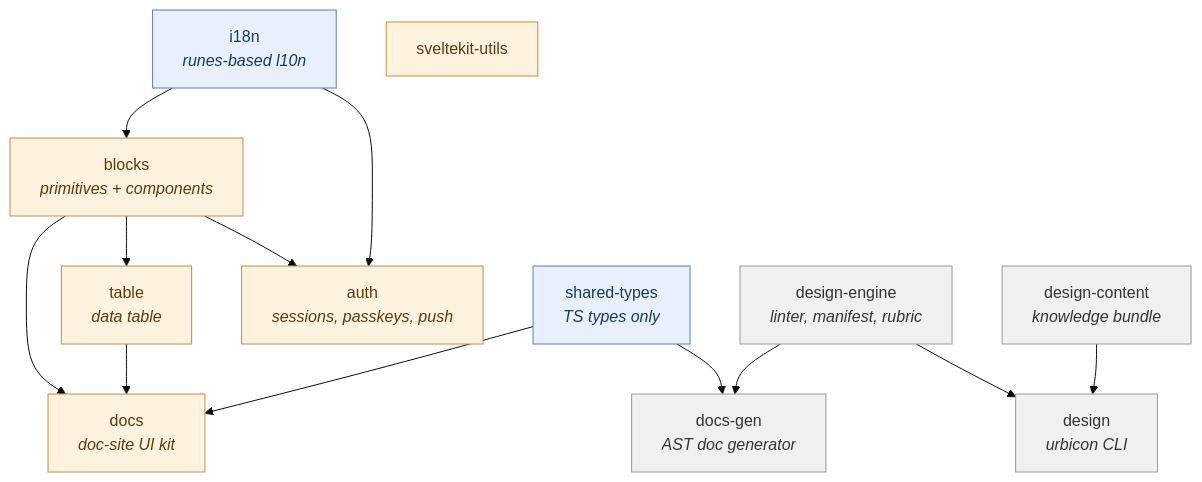
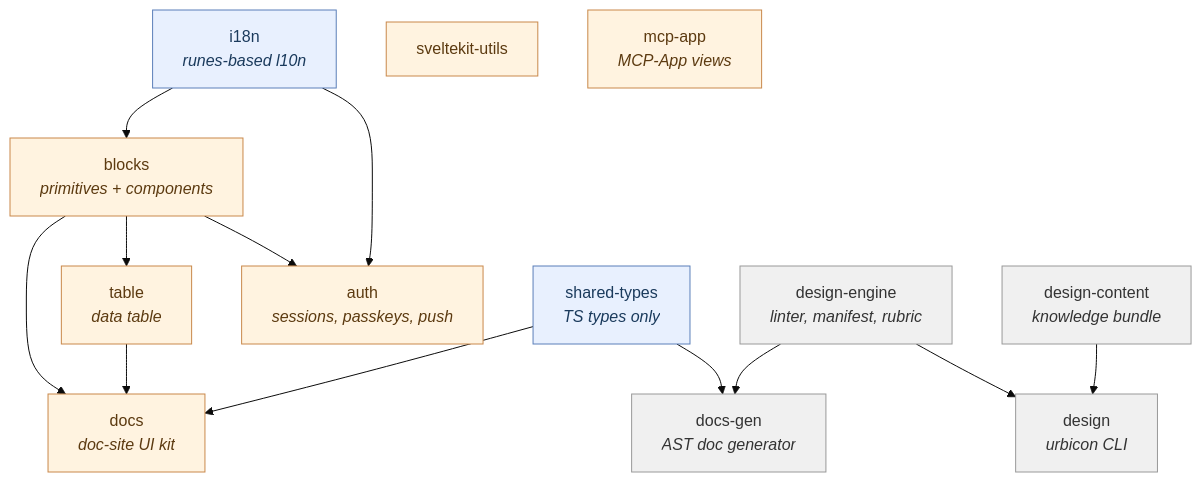
The first of 5 diagrams in docs/ARCHITECTURE.md (urbicon/ui), drawn with Mermaid (base theme) before and after one commit. The commit also changed other lines of this file and 30 other files, not shown here.

````diff
--- a/docs/ARCHITECTURE.md
+++ b/docs/ARCHITECTURE.md
@@ -32,33 +32,34 @@
 ```mermaid
 graph TD
     ST[shared-types<br/><i>TS types only</i>]
     I18N[i18n<br/><i>runes-based l10n</i>]
     BL[blocks<br/><i>primitives + components</i>]
     TB[table<br/><i>data table</i>]
     AU[auth<br/><i>sessions, passkeys, push</i>]
     SKU[sveltekit-utils]
+    MCP[mcp-app<br/><i>MCP-App views</i>]
     DOCS[docs<br/><i>doc-site UI kit</i>]
     DG[docs-gen<br/><i>AST doc generator</i>]
     DE[design-engine<br/><i>linter, manifest, rubric</i>]
     DC[design-content<br/><i>knowledge bundle</i>]
     DES[design<br/><i>urbicon CLI</i>]
 
     I18N --> BL
     BL --> TB
     BL --> AU
     I18N --> AU
     BL --> DOCS
     TB --> DOCS
     ST --> DOCS
     ST --> DG
     DE --> DG
     DE --> DES
     DC --> DES
 
     classDef found fill:#e8f0fe,stroke:#5b7fb9,color:#1a3a5c
     classDef lib fill:#fff3e0,stroke:#c9884a,color:#5c3a10
     classDef tool fill:#f0f0f0,stroke:#999,color:#333
     class ST,I18N found
-    class BL,TB,AU,SKU,DOCS lib
+    class BL,TB,AU,SKU,MCP,DOCS lib
     class DG,DE,DC,DES tool
 ```
````
